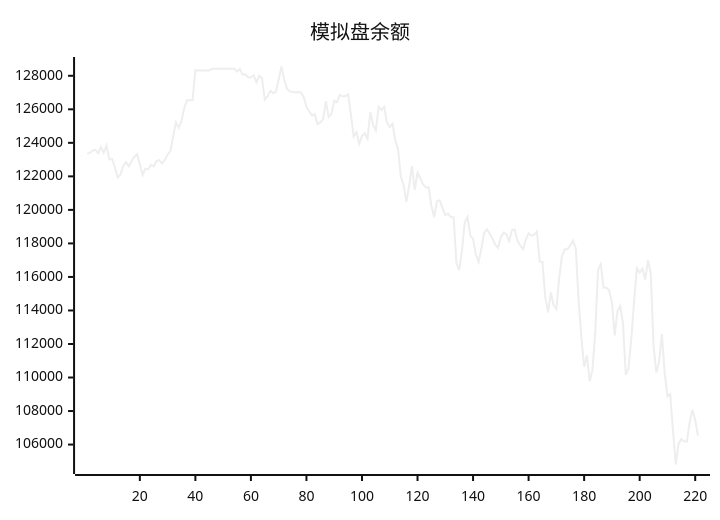
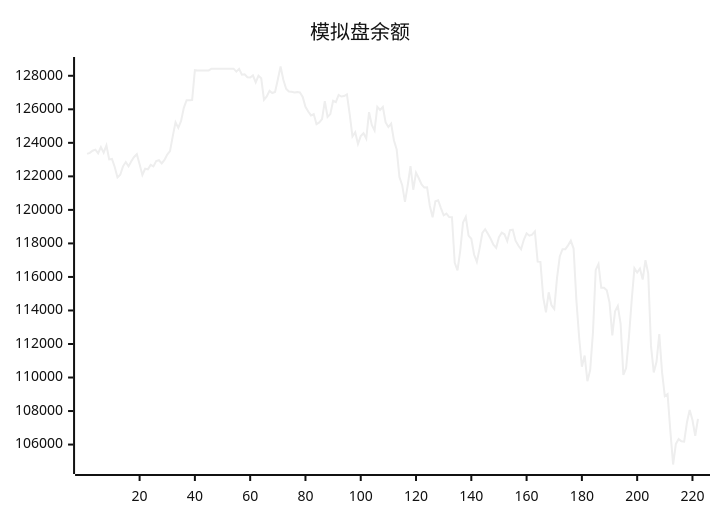
The diagram in README.md (aahl/ai-trading), drawn with Mermaid (neutral theme) before and after one commit. The commit also changed other lines of this file and 1 other file, not shown here.

````diff
--- a/README.md
+++ b/README.md
@@ -5,5 +5,5 @@
 ```mermaid
 xychart
     title "模拟盘余额"
-    line [123338,123402,123530,123592,123378,123745,123413,123853,123009,123040,122557,121938,122095,122599,122856,122597,122898,123160,123319,122719,122087,122454,122416,122685,122592,122907,122961,122776,122981,123295,123507,124403,125224,124894,125303,126088,126544,126534,126549,128335,128318,128318,128318,128318,128318,128424,128424,128424,128424,128424,128424,128424,128424,128424,128247,128412,128062,128087,127917,127901,128026,127611,128000,127850,126572,126770,127100,126971,127029,127783,128554,127765,127224,127064,127044,127009,127025,127004,126738,126152,125871,125635,125707,125117,125217,125420,126480,125545,125715,126511,126424,126856,126764,126788,126890,125710,124381,124632,123936,124402,124574,124256,125833,125070,124739,126154,125966,126145,125213,124943,125143,124157,123604,121959,121476,120476,121470,122610,121201,122221,121889,121522,121332,121344,120232,119559,120513,120577,120108,119680,119777,119572,119568,116839,116392,117573,119250,119585,118469,118277,117338,116897,117706,118628,118849,118579,118280,117926,117735,118373,118639,118544,118136,118798,118819,118162,117874,117649,118215,118601,118463,118517,118713,116911,116899,114798,113887,115084,114313,114091,115934,117221,117658,117658,117883,118164,117693,114632,112403,110644,111313,109777,110444,112673,116419,116772,115355,115355,115198,114476,112510,113954,114276,113223,110151,110561,112361,114562,116522,116265,116500,115845,117000,116199,111887,110306,110942,112588,110318,108891,109011,106814,104811,106038,106327,106201,106180,107315,108068,107463,106528]
+    line [123338,123402,123530,123592,123378,123745,123413,123853,123009,123040,122557,121938,122095,122599,122856,122597,122898,123160,123319,122719,122087,122454,122416,122685,122592,122907,122961,122776,122981,123295,123507,124403,125224,124894,125303,126088,126544,126534,126549,128335,128318,128318,128318,128318,128318,128424,128424,128424,128424,128424,128424,128424,128424,128424,128247,128412,128062,128087,127917,127901,128026,127611,128000,127850,126572,126770,127100,126971,127029,127783,128554,127765,127224,127064,127044,127009,127025,127004,126738,126152,125871,125635,125707,125117,125217,125420,126480,125545,125715,126511,126424,126856,126764,126788,126890,125710,124381,124632,123936,124402,124574,124256,125833,125070,124739,126154,125966,126145,125213,124943,125143,124157,123604,121959,121476,120476,121470,122610,121201,122221,121889,121522,121332,121344,120232,119559,120513,120577,120108,119680,119777,119572,119568,116839,116392,117573,119250,119585,118469,118277,117338,116897,117706,118628,118849,118579,118280,117926,117735,118373,118639,118544,118136,118798,118819,118162,117874,117649,118215,118601,118463,118517,118713,116911,116899,114798,113887,115084,114313,114091,115934,117221,117658,117658,117883,118164,117693,114632,112403,110644,111313,109777,110444,112673,116419,116772,115355,115355,115198,114476,112510,113954,114276,113223,110151,110561,112361,114562,116522,116265,116500,115845,117000,116199,111887,110306,110942,112588,110318,108891,109011,106814,104811,106038,106327,106201,106180,107315,108068,107463,106528,107530]
 ```
````
